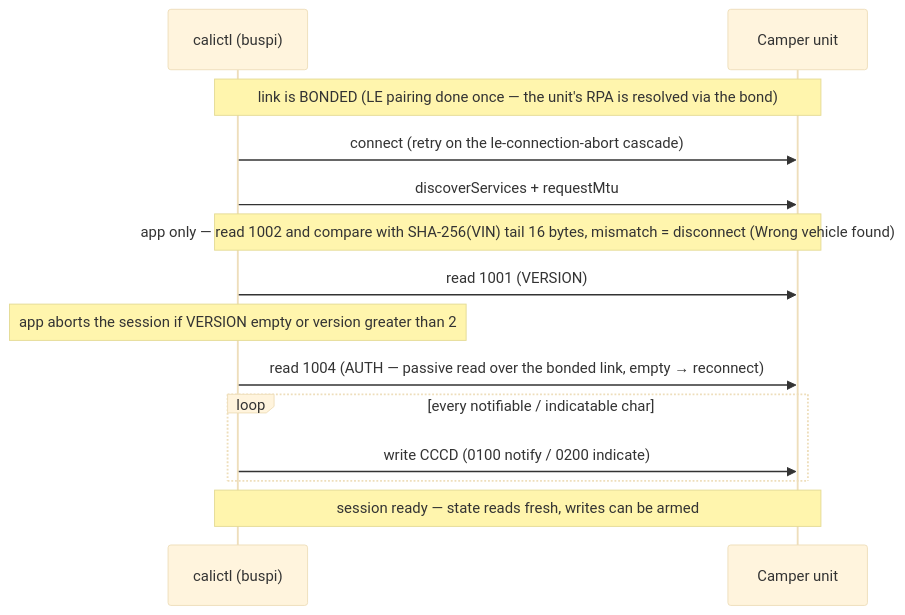
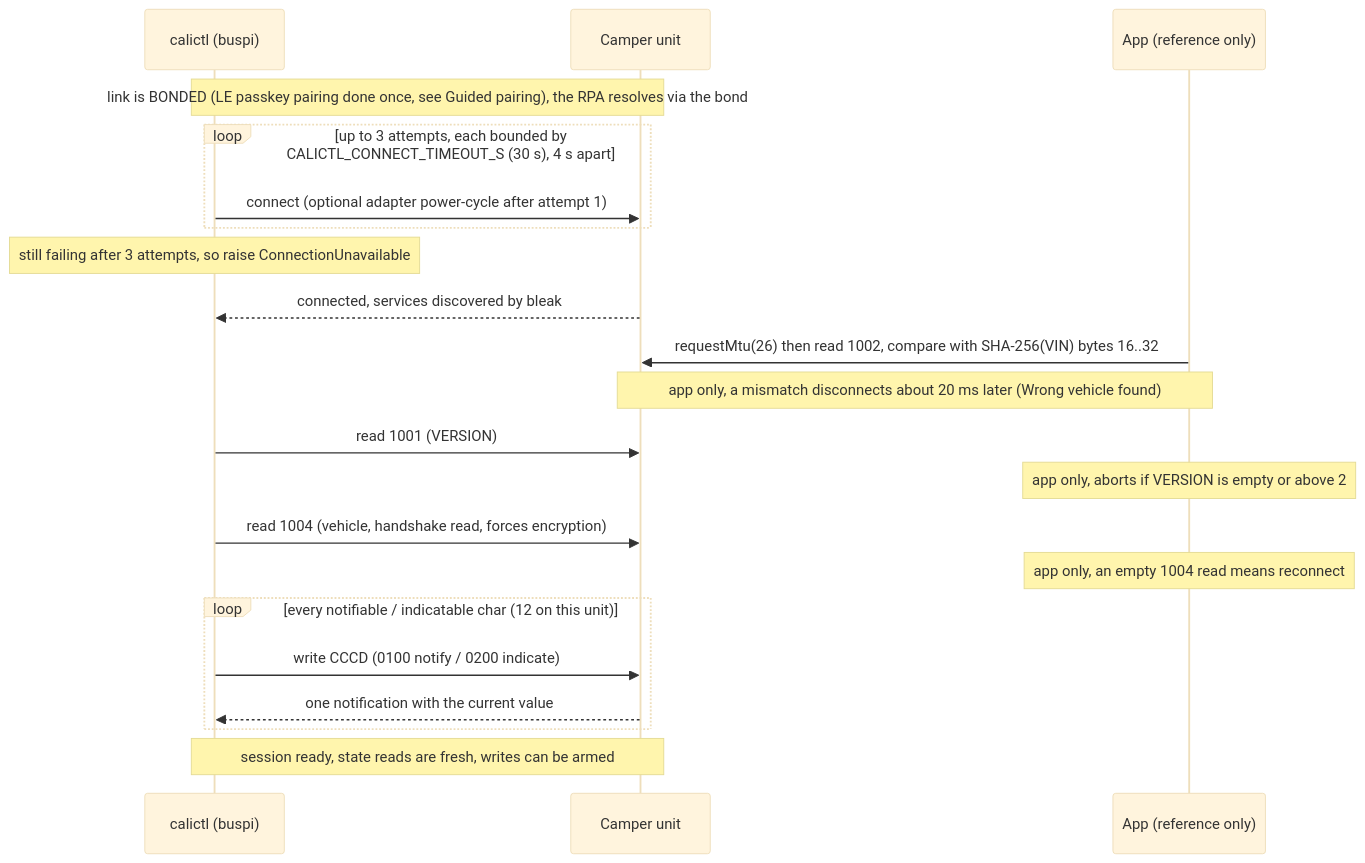
The first of 10 diagrams in docs/protocol-sequences.rst (ckeller42/open-california), drawn with Mermaid (base theme) before and after one commit. The commit also changed other lines of this file and 35 other files, not shown here.

First line of the commit message:
docs: fix stale docs; single-source protocol sequences, drop LikeC4; simulation & CI docs (#202)

```diff
--- a/docs/protocol-sequences.rst
+++ b/docs/protocol-sequences.rst
@@ -43,16 +122,23 @@
 .. mermaid::
 
     sequenceDiagram
         participant C as calictl (buspi)
         participant U as Camper unit
-        Note over C,U: link is BONDED (LE pairing done once — the unit's RPA is resolved via the bond)
-        C->>U: connect (retry on the le-connection-abort cascade)
-        C->>U: discoverServices + requestMtu
-        Note over C,U: app only — read 1002 and compare with SHA-256(VIN) tail 16 bytes, mismatch = disconnect (Wrong vehicle found)
+        participant A as App (reference only)
+        Note over C,U: link is BONDED (LE passkey pairing done once, see Guided pairing), the RPA resolves via the bond
+        loop up to 3 attempts, each bounded by CALICTL_CONNECT_TIMEOUT_S (30 s), 4 s apart
+            C->>U: connect (optional adapter power-cycle after attempt 1)
+        end
+        Note over C: still failing after 3 attempts, so raise ConnectionUnavailable
+        U-->>C: connected, services discovered by bleak
+        A->>U: requestMtu(26) then read 1002, compare with SHA-256(VIN) bytes 16..32
+        Note over A,U: app only, a mismatch disconnects about 20 ms later (Wrong vehicle found)
         C->>U: read 1001 (VERSION)
-        Note over C: app aborts the session if VERSION empty or version greater than 2
-        C->>U: read 1004 (AUTH — passive read over the bonded link, empty → reconnect)
-        loop every notifiable / indicatable char
+        Note over A: app only, aborts if VERSION is empty or above 2
+        C->>U: read 1004 (vehicle, handshake read, forces encryption)
+        Note over A: app only, an empty 1004 read means reconnect
+        loop every notifiable / indicatable char (12 on this unit)
             C->>U: write CCCD (0100 notify / 0200 indicate)
+            U-->>C: one notification with the current value
         end
-        Note over C,U: session ready — state reads fresh, writes can be armed
+        Note over C,U: session ready, state reads are fresh, writes can be armed
```
